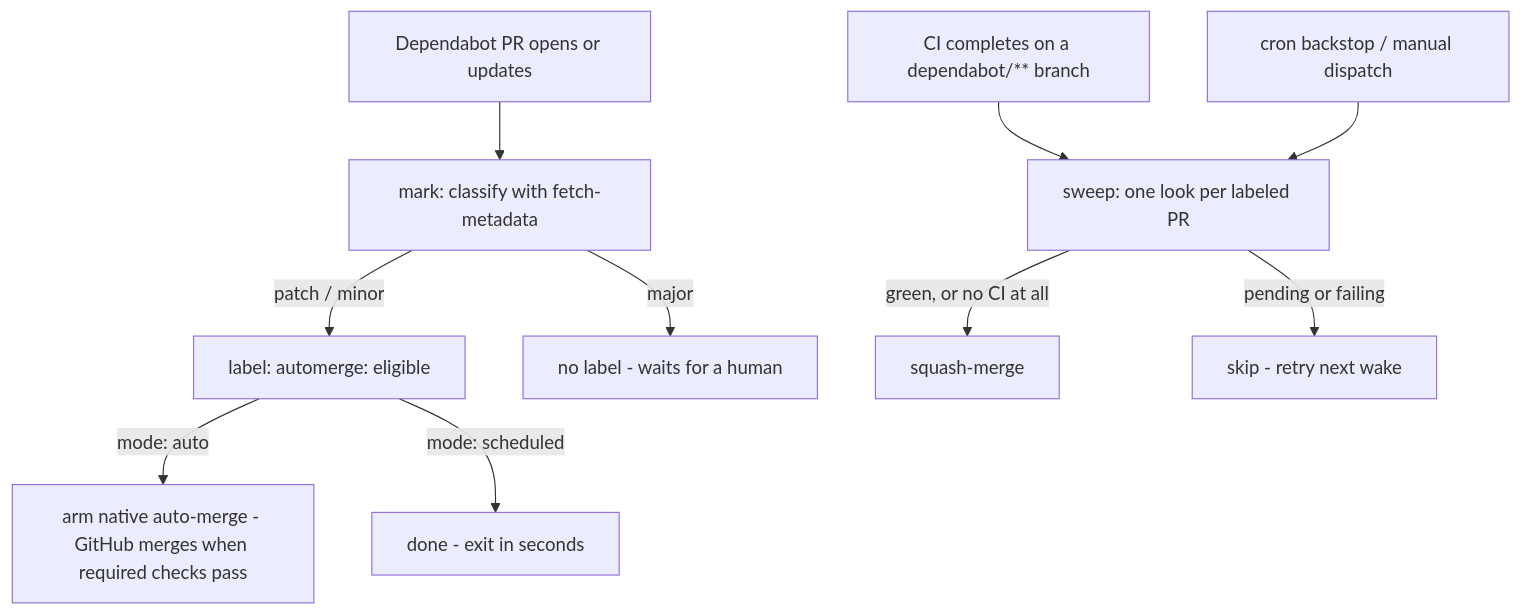
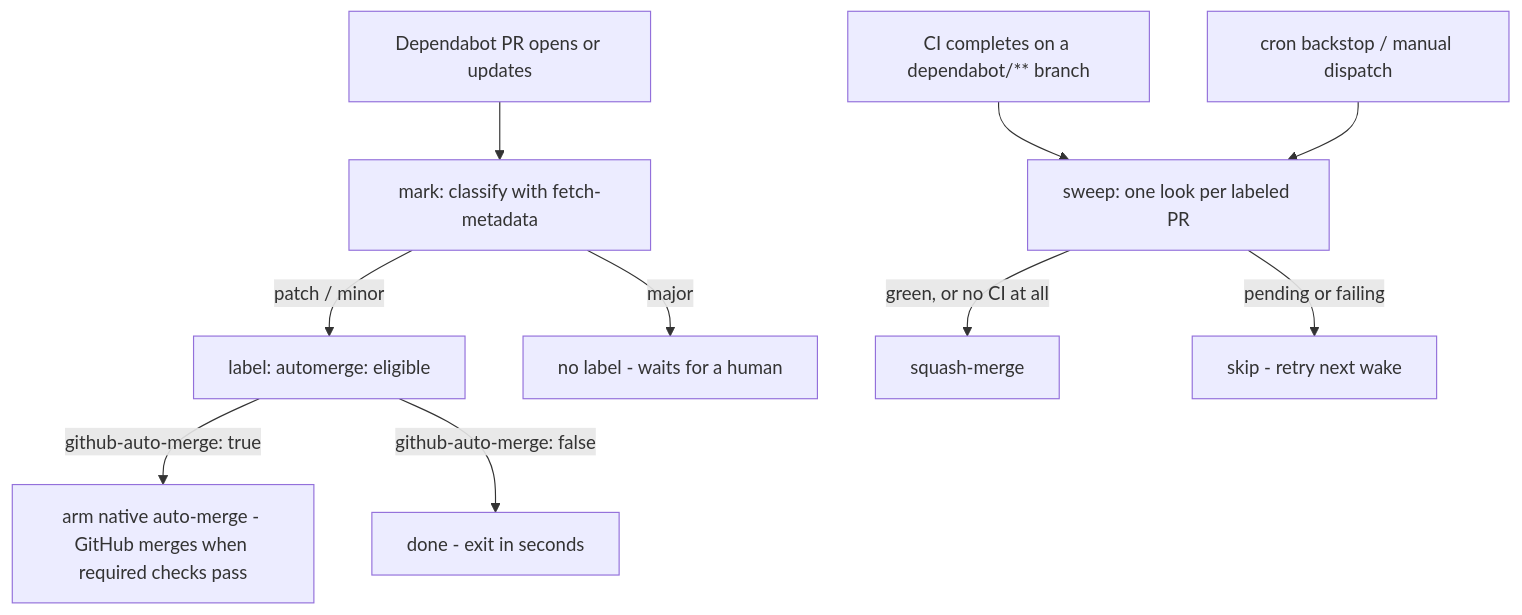
The diagram in README.md (bufbuild/.github), drawn with Mermaid before and after one commit. The commit also changed other lines of this file, not shown here.

````diff
--- a/README.md
+++ b/README.md
@@ -10,12 +11,12 @@
 ```mermaid
 flowchart TD
     PR[Dependabot PR opens or updates] --> mark["mark: classify with fetch-metadata"]
     mark -->|patch / minor| label["label: automerge: eligible"]
     mark -->|major| human[no label - waits for a human]
-    label -->|mode: auto| arm["arm native auto-merge - GitHub merges when required checks pass"]
-    label -->|mode: scheduled| done[done - exit in seconds]
+    label -->|github-auto-merge: true| arm["arm native auto-merge - GitHub merges when required checks pass"]
+    label -->|github-auto-merge: false| done[done - exit in seconds]
     ci["CI completes on a dependabot/** branch"] --> sweep
     cron[cron backstop / manual dispatch] --> sweep
     sweep["sweep: one look per labeled PR"] -->|green, or no CI at all| merge[squash-merge]
     sweep -->|pending or failing| retry[skip - retry next wake]
 ```
````
